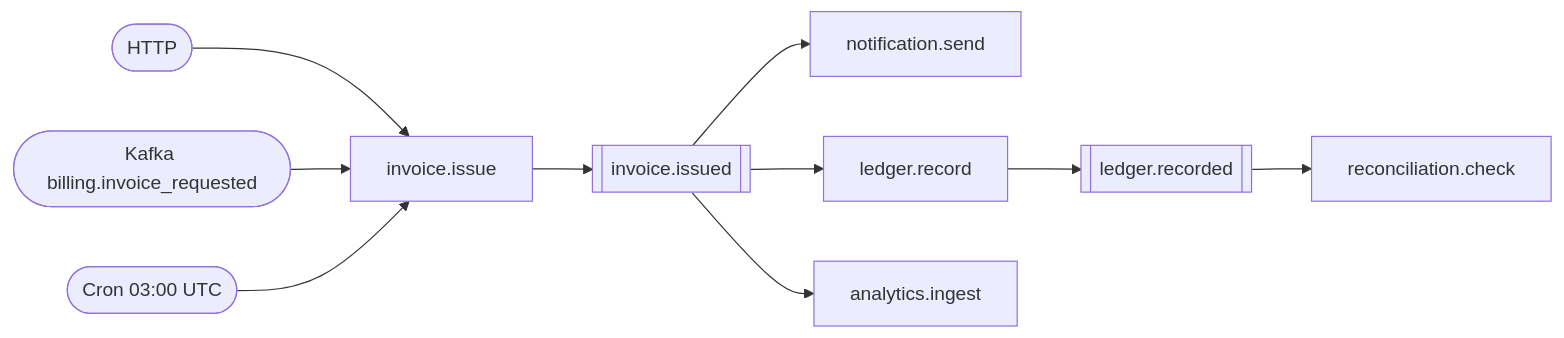
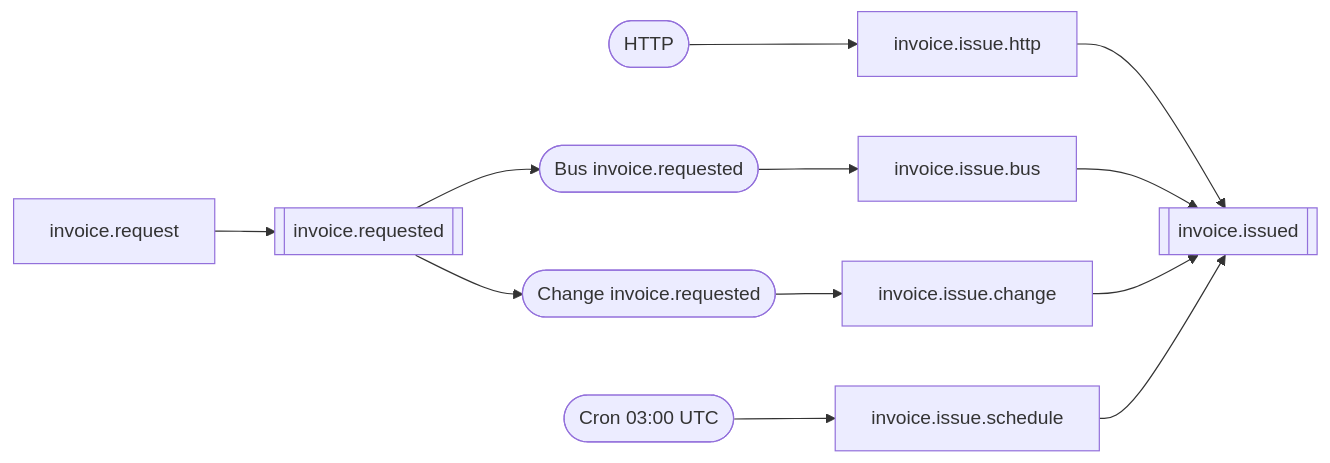
One commit to KhaiTrang1995/NexusFlow changed the diagram in samples/event-driven/README.md. Above: the diagram before and after it, drawn with Mermaid. The commit also changed other lines of this file and 16 other files, not shown here.

````diff
--- a/samples/event-driven/README.md
+++ b/samples/event-driven/README.md
@@ -128,12 +100,14 @@
 ```mermaid
 flowchart LR
-    T1(["HTTP"]) --> F1["invoice.issue"]
-    T2(["Kafka billing.invoice_requested"]) --> F1
-    T3(["Cron 03:00 UTC"]) --> F1
+    T1(["HTTP"]) --> F1["invoice.issue.http"]
+    T2(["Bus invoice.requested"]) --> F2["invoice.issue.bus"]
+    T3(["Change invoice.requested"]) --> F3["invoice.issue.change"]
+    T4(["Cron 03:00 UTC"]) --> F4["invoice.issue.schedule"]
+    F0["invoice.request"] --> E0[["invoice.requested"]]
+    E0 --> T2
+    E0 --> T3
     F1 --> E1[["invoice.issued"]]
-    E1 --> F2["notification.send"]
-    E1 --> F3["ledger.record"]
-    E1 --> F4["analytics.ingest"]
-    F3 --> E2[["ledger.recorded"]]
-    E2 --> F5["reconciliation.check"]
+    F2 --> E1
+    F3 --> E1
+    F4 --> E1
 ```
````
